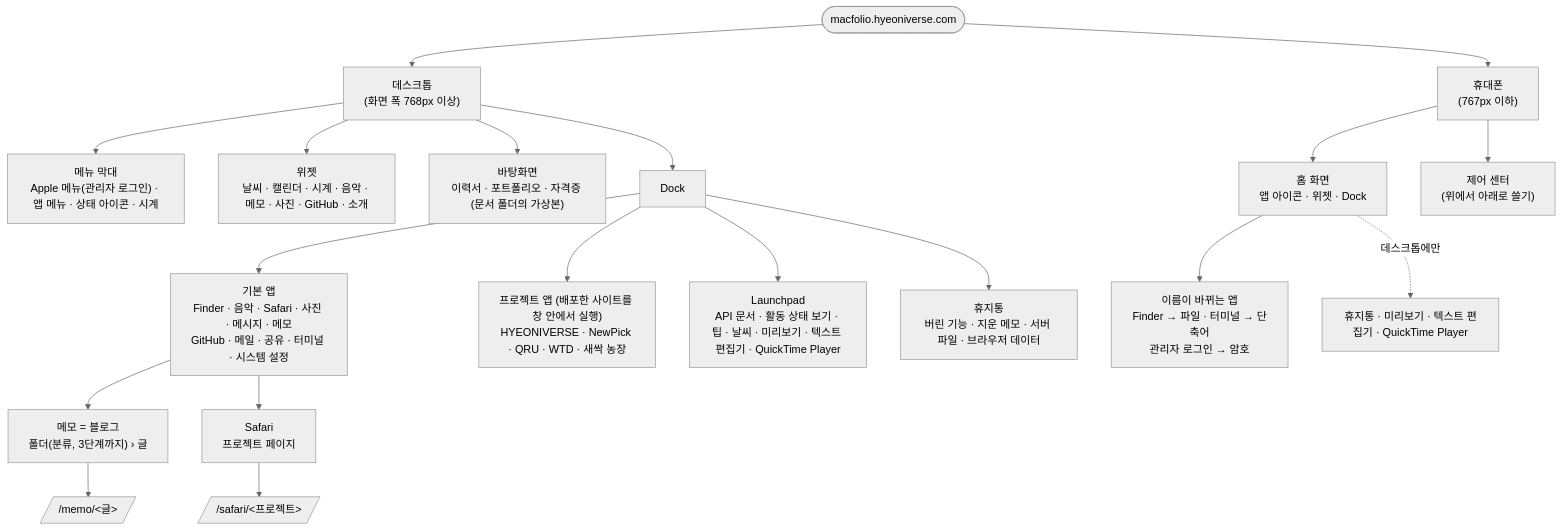
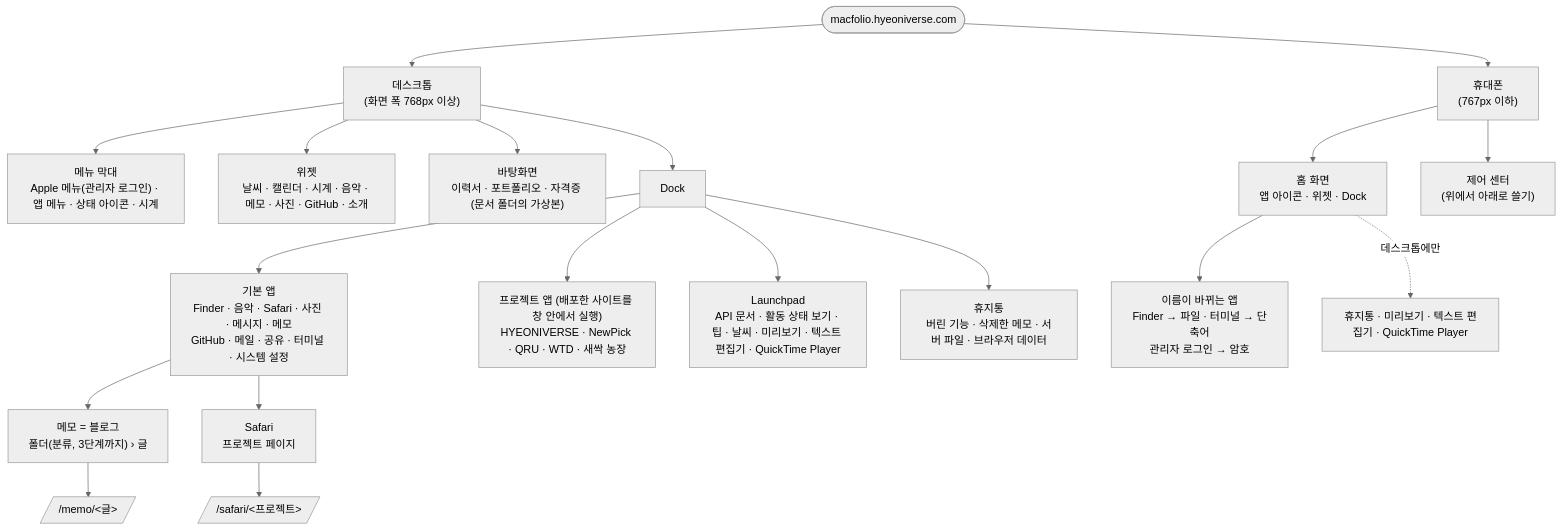
Before and after one commit to hyeoniverse/MacFolio: the first of 5 diagrams in README.md, drawn with Mermaid (neutral theme). The commit also changed other lines of this file and 7 other files, not shown here.

````diff
--- a/README.md
+++ b/README.md
@@ -168,25 +168,25 @@
 ```mermaid
 flowchart TB
     site(["macfolio.hyeoniverse.com"])
     site --> desktop["데스크톱<br/>(화면 폭 768px 이상)"]
     site --> mobile["휴대폰<br/>(767px 이하)"]
 
     desktop --> menubar["메뉴 막대<br/>Apple 메뉴(관리자 로그인) · 앱 메뉴 · 상태 아이콘 · 시계"]
     desktop --> widgets["위젯<br/>날씨 · 캘린더 · 시계 · 음악 · 메모 · 사진 · GitHub · 소개"]
     desktop --> icons["바탕화면<br/>이력서 · 포트폴리오 · 자격증 (문서 폴더의 가상본)"]
     desktop --> dock["Dock"]
     dock --> builtin["기본 앱<br/>Finder · 음악 · Safari · 사진 · 메시지 · 메모<br/>GitHub · 메일 · 공유 · 터미널 · 시스템 설정"]
     dock --> projects["프로젝트 앱 (배포한 사이트를 창 안에서 실행)<br/>HYEONIVERSE · NewPick · QRU · WTD · 새싹 농장"]
     dock --> launchpad["Launchpad<br/>API 문서 · 활동 상태 보기 · 팁 · 날씨 · 미리보기 · 텍스트 편집기 · QuickTime Player"]
-    dock --> bin["휴지통<br/>버린 기능 · 지운 메모 · 서버 파일 · 브라우저 데이터"]
+    dock --> bin["휴지통<br/>버린 기능 · 삭제한 메모 · 서버 파일 · 브라우저 데이터"]
 
     mobile --> home["홈 화면<br/>앱 아이콘 · 위젯 · Dock"]
     mobile --> control["제어 센터<br/>(위에서 아래로 쓸기)"]
     home --> renamed["이름이 바뀌는 앱<br/>Finder → 파일 · 터미널 → 단축어<br/>관리자 로그인 → 암호"]
     home -. "데스크톱에만" .-> desktoponly["휴지통 · 미리보기 · 텍스트 편집기 · QuickTime Player"]
 
     builtin --> memo["메모 = 블로그<br/>폴더(분류, 3단계까지) › 글"]
     builtin --> safari["Safari<br/>프로젝트 페이지"]
     memo --> memoUrl[/"/memo/&lt;글&gt;"/]
     safari --> safariUrl[/"/safari/&lt;프로젝트&gt;"/]
 ```
````
